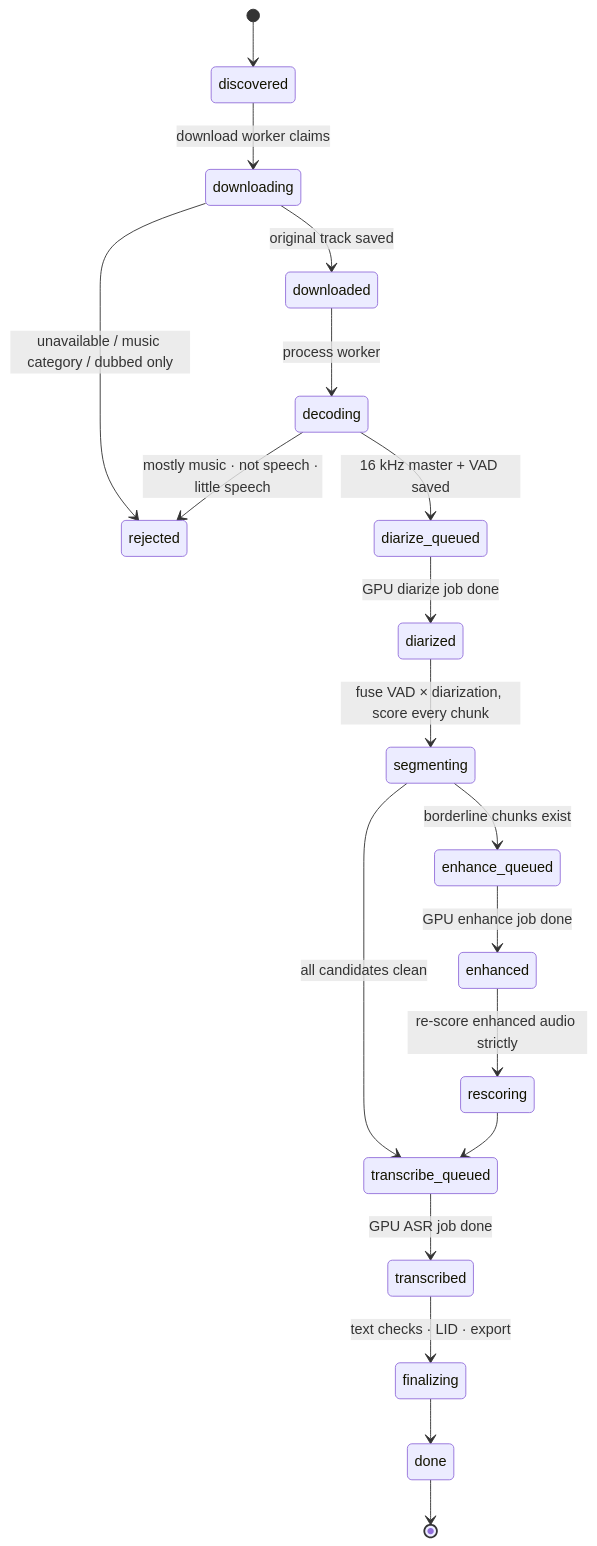
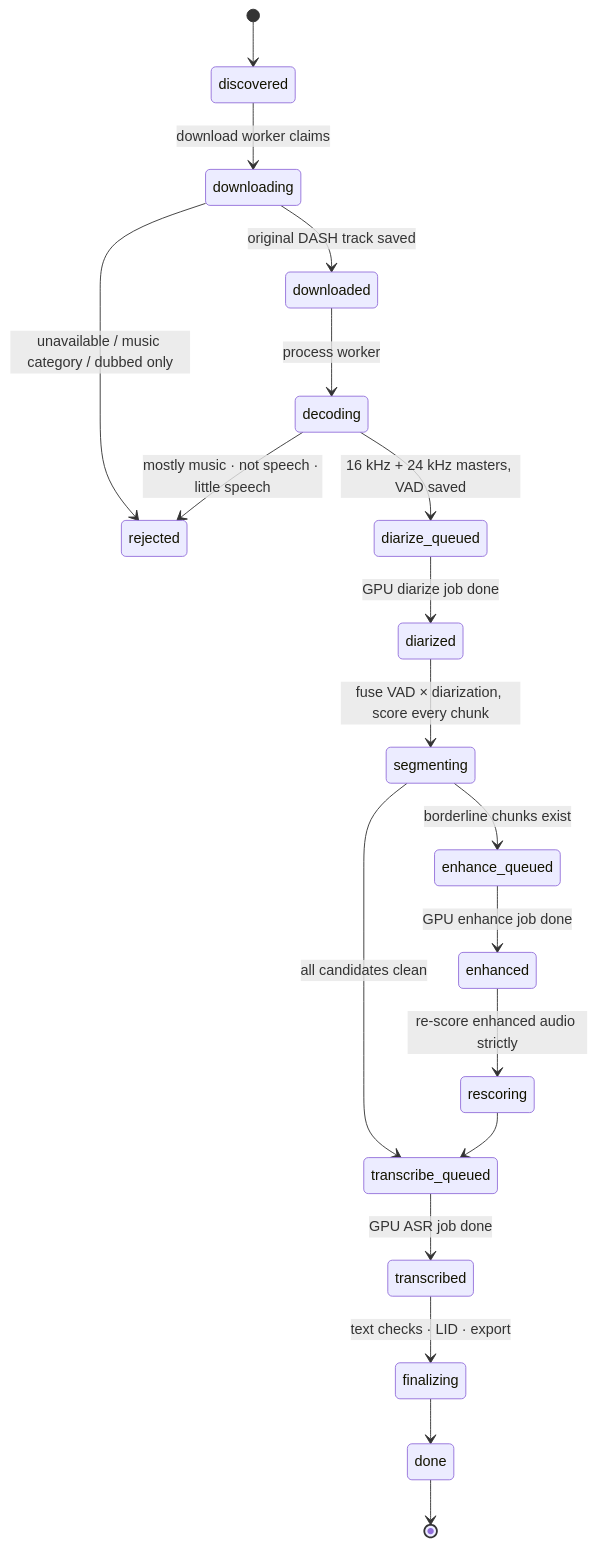
The second of 4 diagrams in docs/ARCHITECTURE.md (meghanabommadi-hue/FlowTTS), drawn with Mermaid before and after one commit. The commit also changed 4 other files, not shown here.

Commit message:
source: Python audio-format selector (DASH, no DRC, original track); export-rate master for exact chunk cuts

````diff
--- a/docs/ARCHITECTURE.md
+++ b/docs/ARCHITECTURE.md
@@ -44,21 +44,21 @@
 ```mermaid
 stateDiagram-v2
   [*] --> discovered
   discovered --> downloading: download worker claims
-  downloading --> downloaded: original track saved
+  downloading --> downloaded: original DASH track saved
   downloading --> rejected: unavailable / music category / dubbed only
   downloaded --> decoding: process worker
   decoding --> rejected: mostly music · not speech · little speech
-  decoding --> diarize_queued: 16 kHz master + VAD saved
+  decoding --> diarize_queued: 16 kHz + 24 kHz masters, VAD saved
   diarize_queued --> diarized: GPU diarize job done
   diarized --> segmenting: fuse VAD × diarization, score every chunk
   segmenting --> enhance_queued: borderline chunks exist
   segmenting --> transcribe_queued: all candidates clean
   enhance_queued --> enhanced: GPU enhance job done
   enhanced --> rescoring: re-score enhanced audio strictly
   rescoring --> transcribe_queued
   transcribe_queued --> transcribed: GPU ASR job done
   transcribed --> finalizing: text checks · LID · export
   finalizing --> done
   done --> [*]
 ```
````
